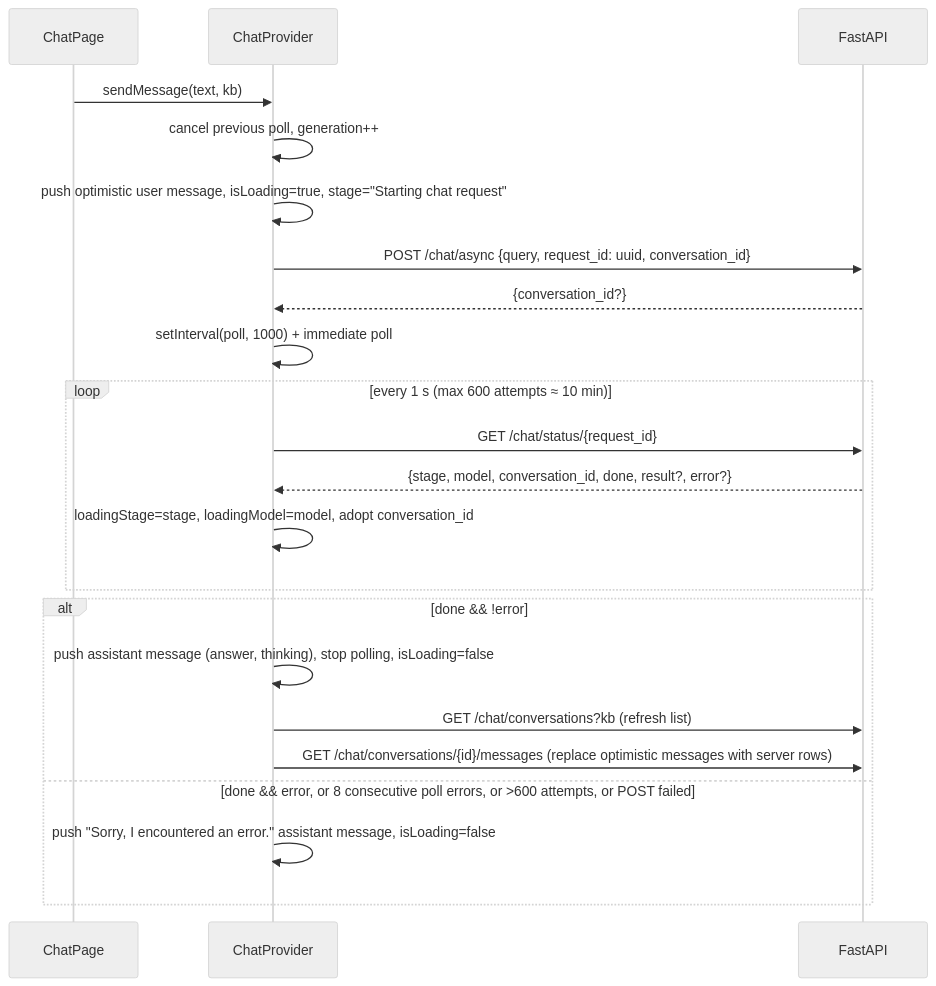
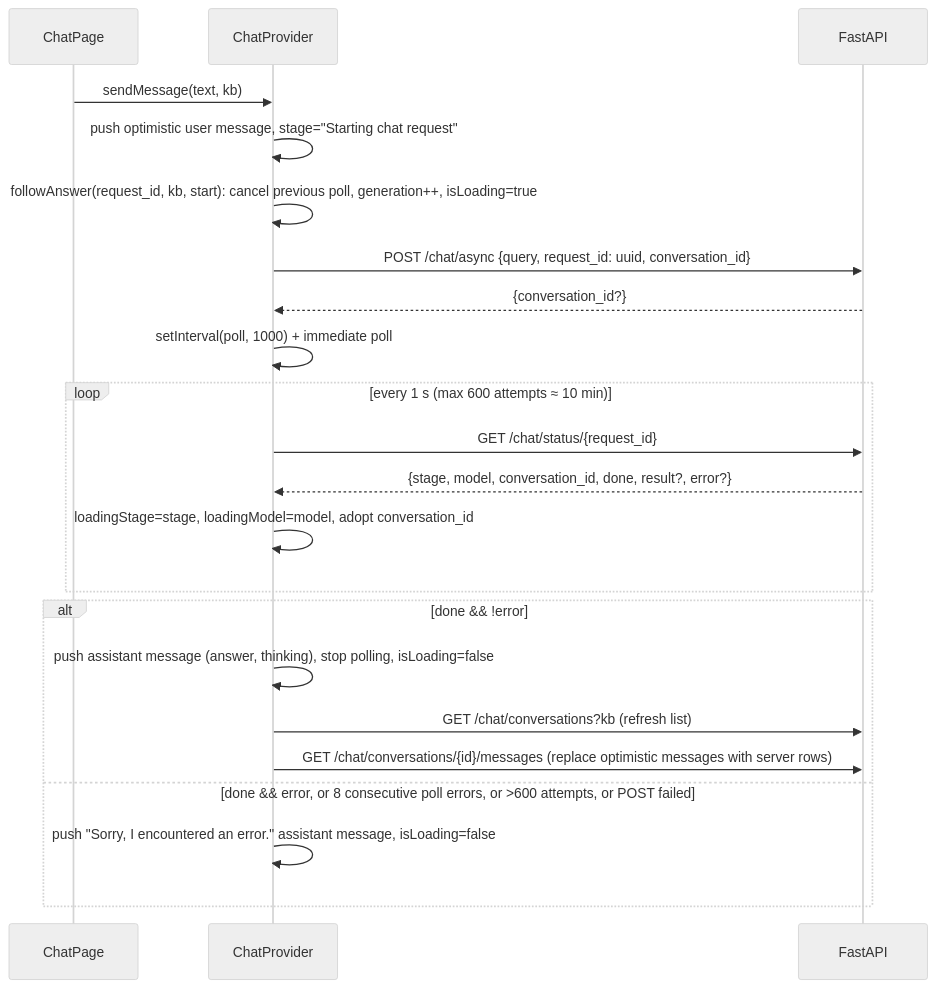
Before and after one commit to josetseph/Orb: the second of 2 diagrams in Docs/18-frontend-architecture.md, drawn with Mermaid (neutral theme). The commit also changed other lines of this file and 60 other files, not shown here.

````diff
--- a/Docs/18-frontend-architecture.md
+++ b/Docs/18-frontend-architecture.md
@@ -426,24 +427,24 @@
 ```mermaid
 sequenceDiagram
   participant UI as ChatPage
   participant CP as ChatProvider
   participant API as FastAPI
   UI->>CP: sendMessage(text, kb)
-  CP->>CP: cancel previous poll, generation++
-  CP->>CP: push optimistic user message, isLoading=true, stage="Starting chat request"
+  CP->>CP: push optimistic user message, stage="Starting chat request"
+  CP->>CP: followAnswer(request_id, kb, start): cancel previous poll, generation++, isLoading=true
   CP->>API: POST /chat/async {query, request_id: uuid, conversation_id}
   API-->>CP: {conversation_id?}
   CP->>CP: setInterval(poll, 1000) + immediate poll
   loop every 1 s (max 600 attempts ≈ 10 min)
     CP->>API: GET /chat/status/{request_id}
     API-->>CP: {stage, model, conversation_id, done, result?, error?}
     CP->>CP: loadingStage=stage, loadingModel=model, adopt conversation_id
   end
   alt done && !error
     CP->>CP: push assistant message (answer, thinking), stop polling, isLoading=false
     CP->>API: GET /chat/conversations?kb  (refresh list)
     CP->>API: GET /chat/conversations/{id}/messages (replace optimistic messages with server rows)
   else done && error, or 8 consecutive poll errors, or >600 attempts, or POST failed
     CP->>CP: push "Sorry, I encountered an error." assistant message, isLoading=false
   end
 ```
````
